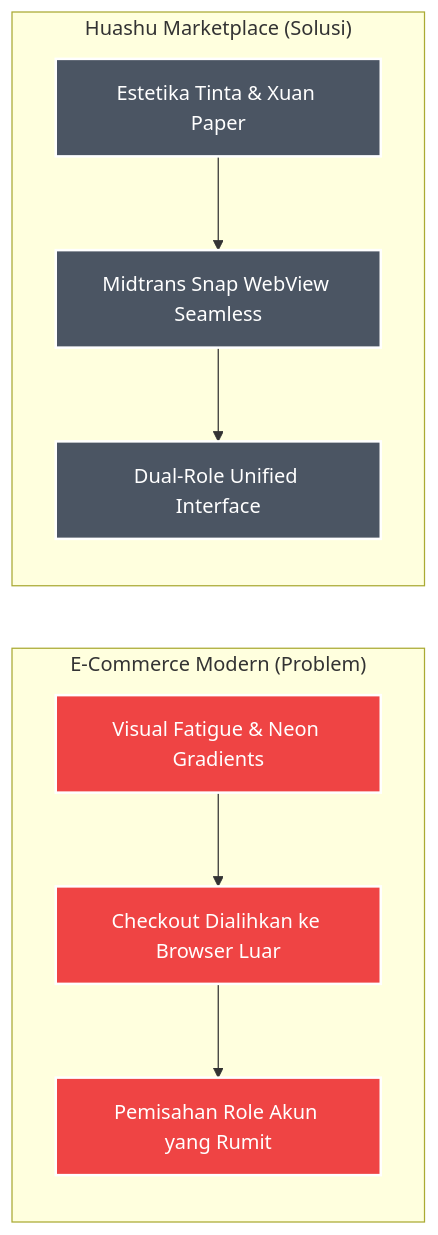
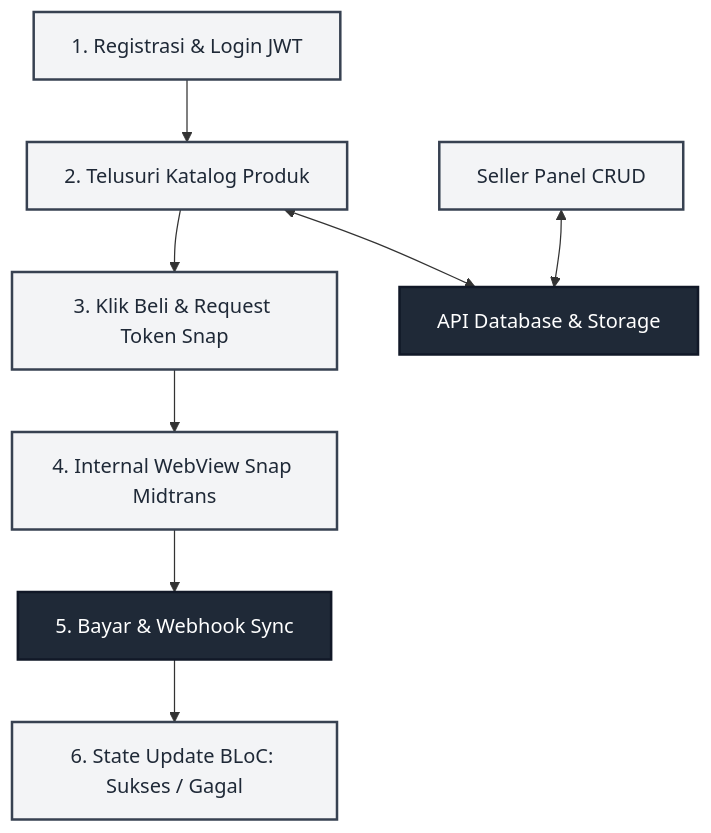
Before and after one commit to ervareza/huashu-marketplace: the diagram in poster_1_huashu_marketplace.md, drawn with Mermaid. The commit also changed other lines of this file and 4 other files, not shown here.

````diff
--- a/poster_1_huashu_marketplace.md
+++ b/poster_1_huashu_marketplace.md
@@ -18,13 +18,14 @@
 ```mermaid
-graph LR
-    classDef bad fill:#ef4444,stroke:#fff,stroke-width:2px,color:#fff;
-    classDef good fill:#4b5563,stroke:#fff,stroke-width:2px,color:#fff;
+graph TD
+    classDef step fill:#f3f4f6,stroke:#374151,stroke-width:2px,color:#1f2937;
+    classDef key fill:#1f2937,stroke:#111827,stroke-width:2px,color:#fff;
 
-    subgraph Tradisional ["E-Commerce Modern (Problem)"]
-        P1[Visual Fatigue & Neon Gradients]:::bad --> P2[Checkout Dialihkan ke Browser Luar]:::bad --> P3[Pemisahan Role Akun yang Rumit]:::bad
-    end
-
-    subgraph Huashu ["Huashu Marketplace (Solusi)"]
-        S1[Estetika Tinta & Xuan Paper]:::good --> S2[Midtrans Snap WebView Seamless]:::good --> S3[Dual-Role Unified Interface]:::good
-    end
+    A[1. Registrasi & Login JWT]:::step --> B[2. Telusuri Katalog Produk]:::step
+    B --> C[3. Klik Beli & Request Token Snap]:::step
+    C --> D[4. Internal WebView Snap Midtrans]:::step
+    D --> E[5. Bayar & Webhook Sync]:::key
+    E --> F[6. State Update BLoC: Sukses / Gagal]:::step
+    
+    G[Seller Panel CRUD]:::step <--> H[API Database & Storage]:::key
+    B <--> H
 ```
````
